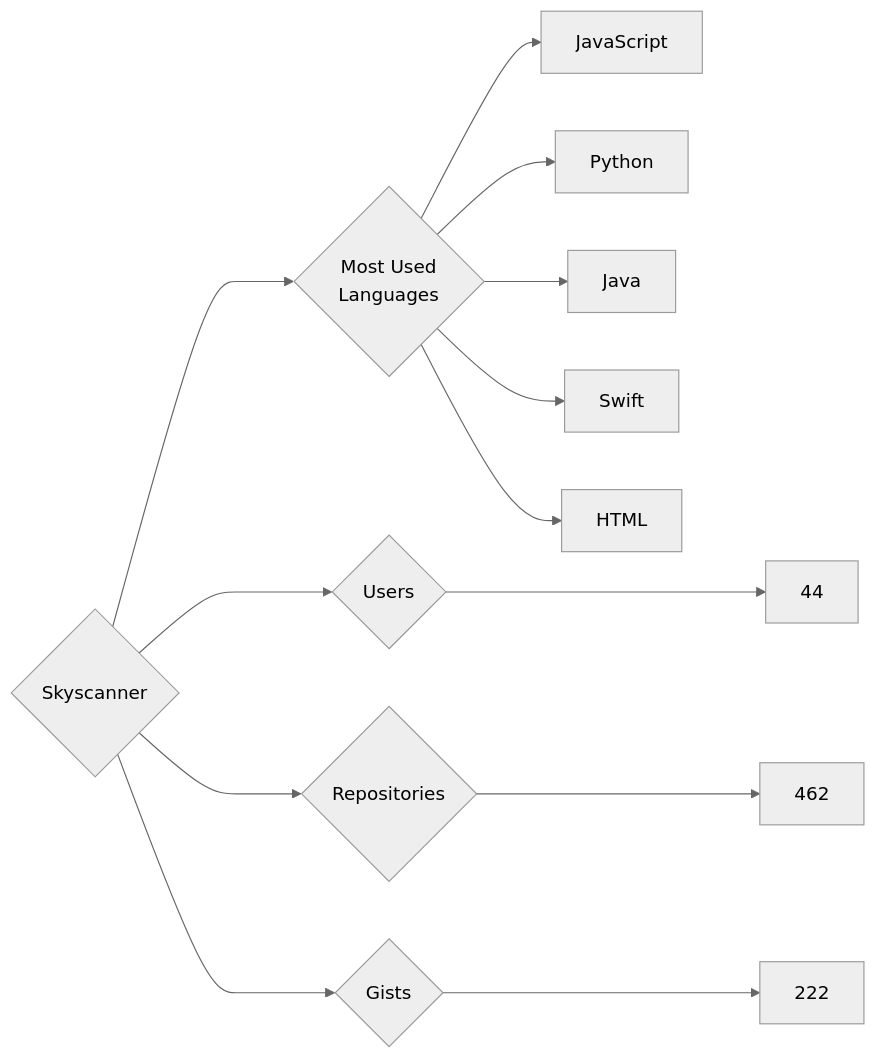
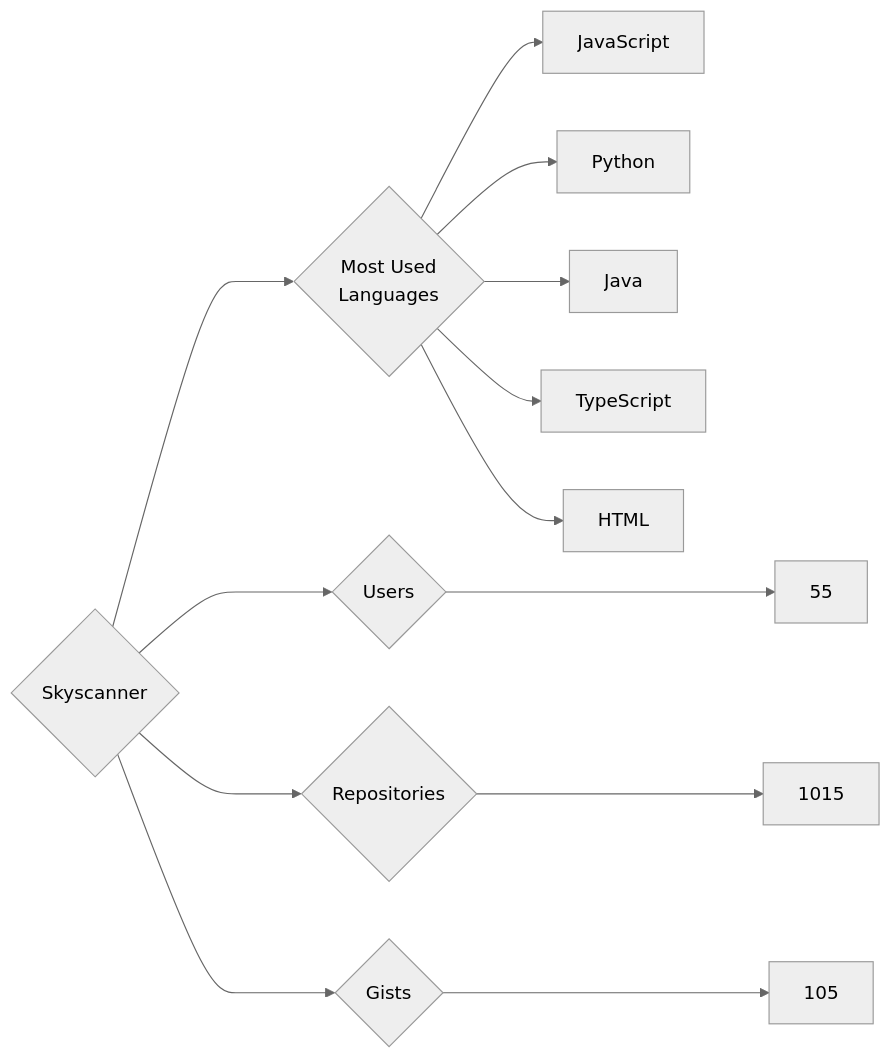
One commit to trickest/insiders changed the diagram in targets/Skyscanner/README.md. Above: the diagram before and after it, drawn with Mermaid (neutral theme). The commit also changed 969 other files, not shown here.

````diff
--- a/targets/Skyscanner/README.md
+++ b/targets/Skyscanner/README.md
@@ -3,13 +3,13 @@
 ```mermaid
 graph LR
 COMPANY_NAME{Skyscanner}
-COMPANY_NAME ---> U{Users} ---> UN[44]
-COMPANY_NAME ---> R{Repositories} ---> RN[462]
-COMPANY_NAME ---> G{Gists} ---> GN[222]
+COMPANY_NAME ---> U{Users} ---> UN[55]
+COMPANY_NAME ---> R{Repositories} ---> RN[1015]
+COMPANY_NAME ---> G{Gists} ---> GN[105]
 COMPANY_NAME ---> ML{Most Used<br>Languages}
 ML --> JavaScript[JavaScript]
 ML --> Python[Python]
 ML --> Java[Java]
-ML --> Swift[Swift]
+ML --> TypeScript[TypeScript]
 ML --> HTML[HTML]
 ```
````
